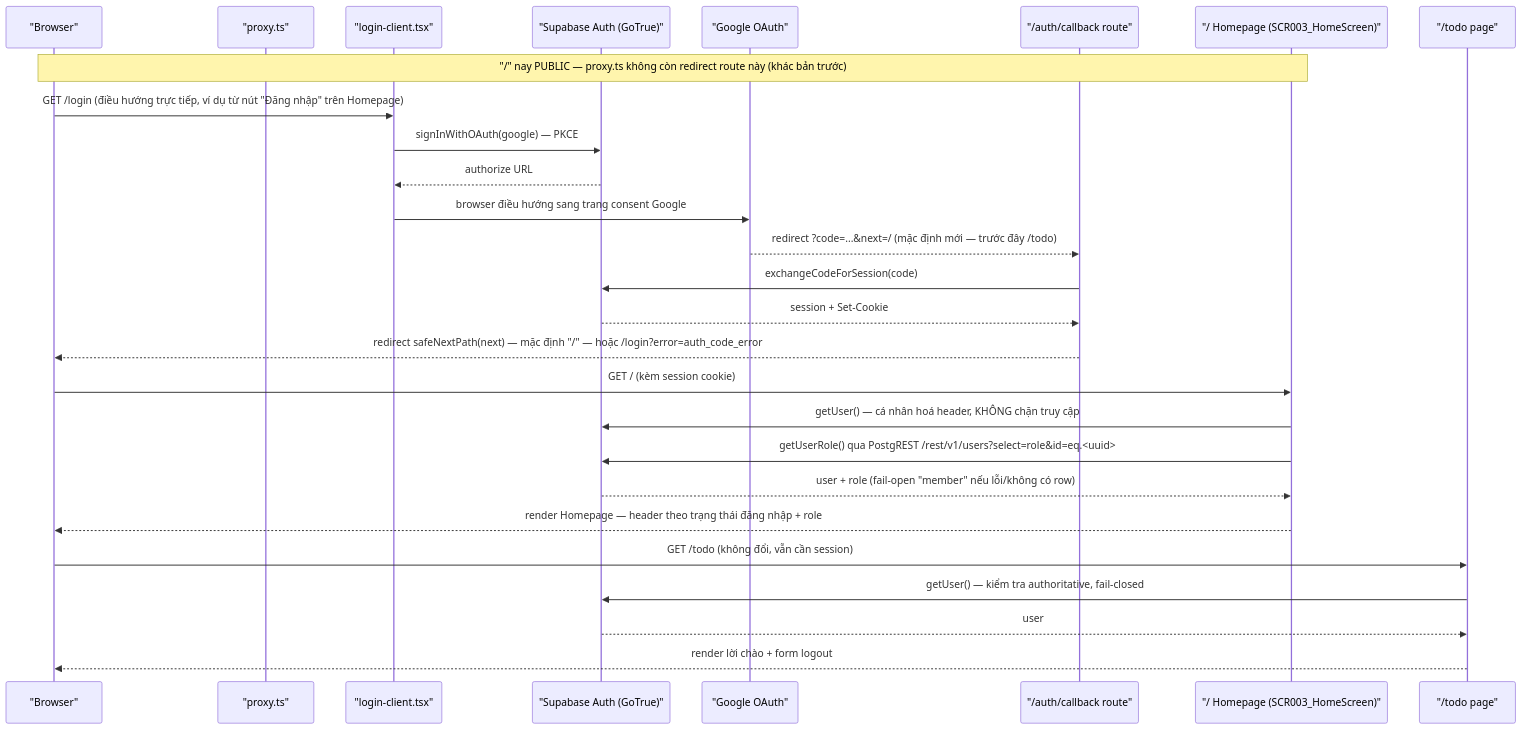
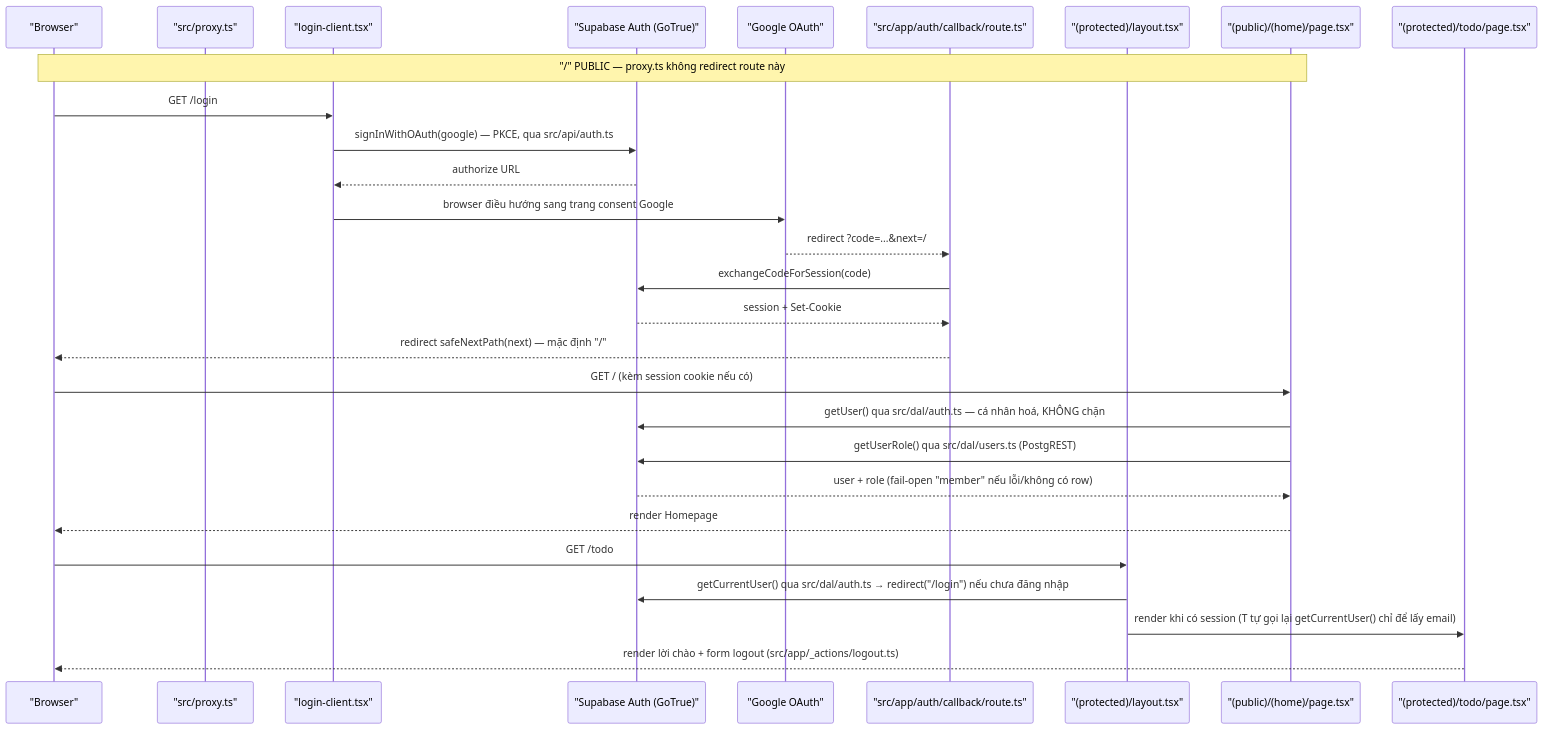
Before and after one commit to thangdx-1076/agentic-coding-hands-on: the second of 2 diagrams in docs/vi/system/architecture.md, drawn with Mermaid. The commit also changed other lines of this file and 1 other file, not shown here.

First line of the commit message:
docs(system): reconcile architecture and permissions narratives with the src layout

````diff
--- a/docs/vi/system/architecture.md
+++ b/docs/vi/system/architecture.md
@@ -137,30 +176,31 @@
 ```mermaid
 sequenceDiagram
     participant B as "Browser"
-    participant P as "proxy.ts"
+    participant P as "src/proxy.ts"
     participant LC as "login-client.tsx"
     participant SB as "Supabase Auth (GoTrue)"
     participant G as "Google OAuth"
-    participant CB as "/auth/callback route"
-    participant H as "/ Homepage (SCR003_HomeScreen)"
-    participant T as "/todo page"
+    participant CB as "src/app/auth/callback/route.ts"
+    participant PL as "(protected)/layout.tsx"
+    participant H as "(public)/(home)/page.tsx"
+    participant T as "(protected)/todo/page.tsx"
 
-    Note over B,H: "/" nay PUBLIC — proxy.ts không còn redirect route này (khác bản trước)
-    B->>LC: GET /login (điều hướng trực tiếp, ví dụ từ nút "Đăng nhập" trên Homepage)
-    LC->>SB: signInWithOAuth(google) — PKCE
+    Note over B,H: "/" PUBLIC — proxy.ts không redirect route này
+    B->>LC: GET /login
+    LC->>SB: signInWithOAuth(google) — PKCE, qua src/api/auth.ts
     SB-->>LC: authorize URL
     LC->>G: browser điều hướng sang trang consent Google
-    G-->>CB: redirect ?code=...&next=/ (mặc định mới — trước đây /todo)
+    G-->>CB: redirect ?code=...&next=/
     CB->>SB: exchangeCodeForSession(code)
     SB-->>CB: session + Set-Cookie
-    CB-->>B: redirect safeNextPath(next) — mặc định "/" — hoặc /login?error=auth_code_error
-    B->>H: GET / (kèm session cookie)
-    H->>SB: getUser() — cá nhân hoá header, KHÔNG chặn truy cập
-    H->>SB: getUserRole() qua PostgREST /rest/v1/users?select=role&id=eq.<uuid>
+    CB-->>B: redirect safeNextPath(next) — mặc định "/"
+    B->>H: GET / (kèm session cookie nếu có)
+    H->>SB: getUser() qua src/dal/auth.ts — cá nhân hoá, KHÔNG chặn
+    H->>SB: getUserRole() qua src/dal/users.ts (PostgREST)
     SB-->>H: user + role (fail-open "member" nếu lỗi/không có row)
-    H-->>B: render Homepage — header theo trạng thái đăng nhập + role
-    B->>T: GET /todo (không đổi, vẫn cần session)
-    T->>SB: getUser() — kiểm tra authoritative, fail-closed
-    SB-->>T: user
-    T-->>B: render lời chào + form logout
+    H-->>B: render Homepage
+    B->>PL: GET /todo
+    PL->>SB: getCurrentUser() qua src/dal/auth.ts → redirect("/login") nếu chưa đăng nhập
+    PL->>T: render khi có session (T tự gọi lại getCurrentUser() chỉ để lấy email)
+    T-->>B: render lời chào + form logout (src/app/_actions/logout.ts)
 ```
````
